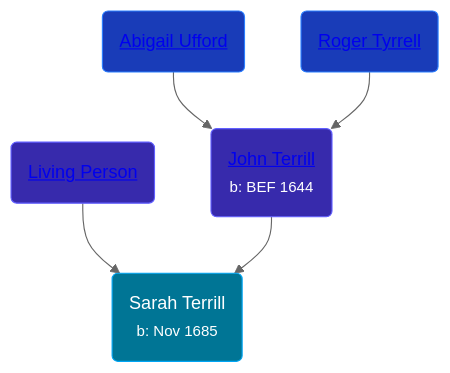
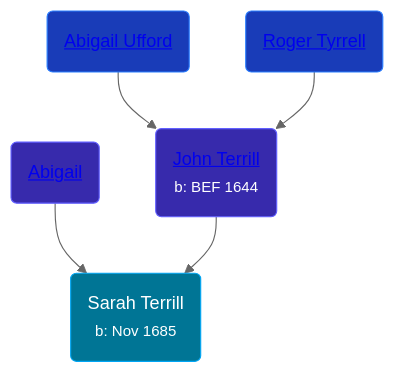
One commit to wpmgotkh/wpmgotkh.github.io changed the diagram in pages/people/2/2405910.md. Above: the diagram before and after it, drawn with Mermaid (neutral theme). The commit also changed other lines of this file and 586 other files, not shown here.

Commit message:
feat: better shouldConsiderPersonLiving algo

````diff
--- a/pages/people/2/2405910.md
+++ b/pages/people/2/2405910.md
@@ -10,11 +10,11 @@
 ```mermaid
 graph
 classDef grands fill:#193cb8,stroke:#2b7fff,stroke-width:1px,color:#fff;
 classDef parents fill:#372aac,stroke:#615fff,stroke-width:1px,color:#fff;
 classDef primary fill:#007595,stroke:#00a6f4,stroke-width:1px,color:#fff;
 2405910(Sarah Terrill<br /><small>b: Nov 1685</small>):::primary
-48582652(<a class="text-white" href="/people/4/48582652">Living Person</a>):::parents-->2405910
+48582652(<a class="text-white" href="/people/4/48582652">Abigail </a>):::parents-->2405910
 65221157(<a class="text-white" href="/people/6/65221157">John Terrill</a><br /><small>b: BEF 1644</small>):::parents-->2405910
 99473444(<a class="text-white" href="/people/9/99473444">Abigail Ufford</a>):::grands-->65221157
 2108514(<a class="text-white" href="/people/2/2108514">Roger Tyrrell</a>):::grands-->65221157
 ```
````
